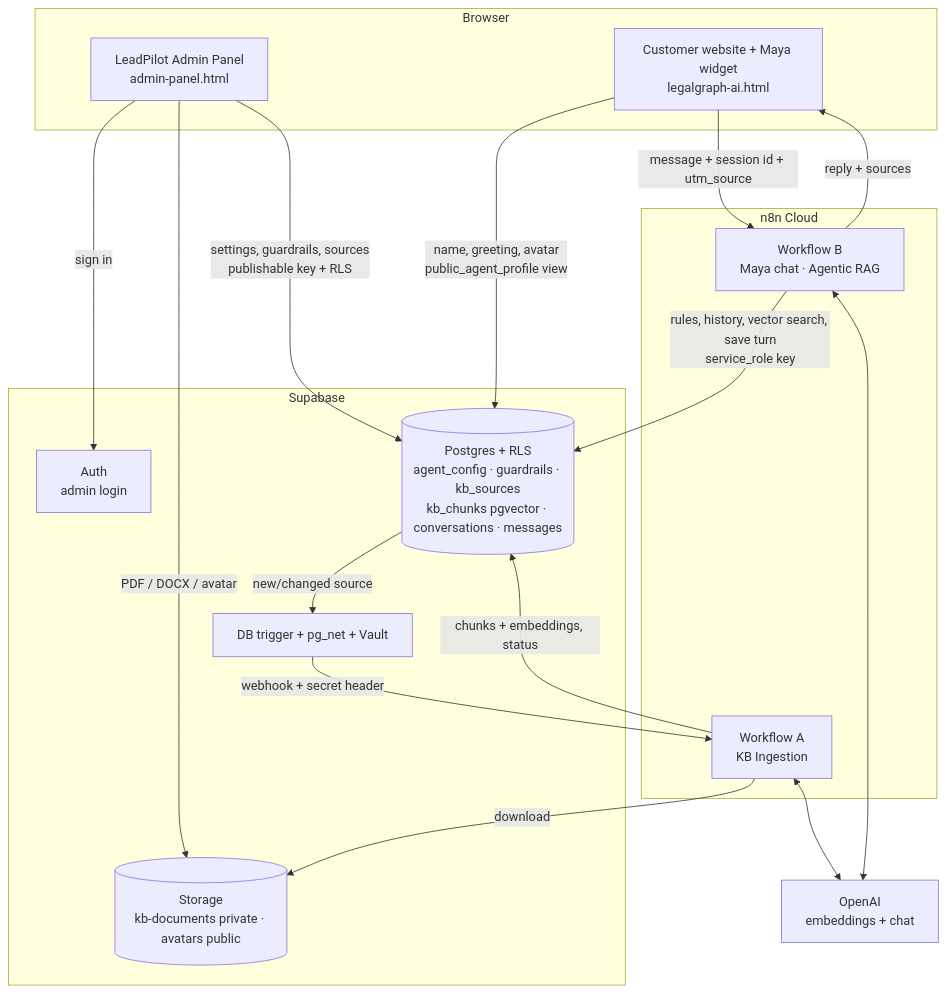
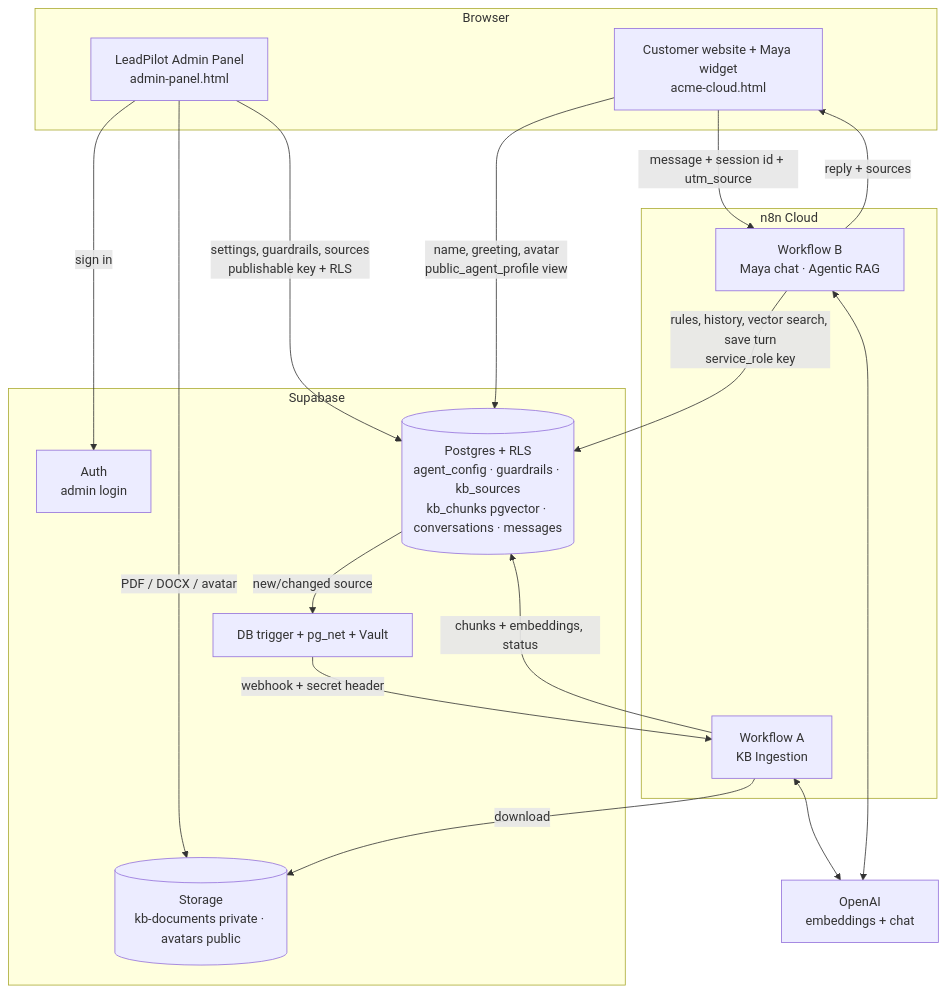
One commit to sarthakgupta0303/LeadPilot changed the diagram in docs/architecture.md. Above: the diagram before and after it, drawn with Mermaid. The commit also changed other lines of this file and 23 other files, not shown here.

First line of the commit message:
Rebrand demo customer to fictional Acme Cloud; rewrite README as PM case study

````diff
--- a/docs/architecture.md
+++ b/docs/architecture.md
@@ -5,31 +5,31 @@
 ```mermaid
 flowchart TB
   subgraph Browser
     AP[LeadPilot Admin Panel<br/>admin-panel.html]
-    WS[Customer website + Maya widget<br/>legalgraph-ai.html]
+    WS[Customer website + Maya widget<br/>acme-cloud.html]
   end
   subgraph Supabase
     AUTH[Auth<br/>admin login]
     DB[(Postgres + RLS<br/>agent_config · guardrails · kb_sources<br/>kb_chunks pgvector · conversations · messages)]
     ST[(Storage<br/>kb-documents private · avatars public)]
     TR[DB trigger + pg_net + Vault]
   end
   subgraph n8n Cloud
     A[Workflow A<br/>KB Ingestion]
     B[Workflow B<br/>Maya chat · Agentic RAG]
   end
   OAI[OpenAI<br/>embeddings + chat]
 
   AP -- sign in --> AUTH
   AP -- settings, guardrails, sources<br/>publishable key + RLS --> DB
   AP -- PDF / DOCX / avatar --> ST
   DB -- new/changed source --> TR -- webhook + secret header --> A
   A -- download --> ST
   A -- chunks + embeddings, status --> DB
   A <--> OAI
   WS -- name, greeting, avatar<br/>public_agent_profile view --> DB
   WS -- message + session id + utm_source --> B
   B -- rules, history, vector search, save turn<br/>service_role key --> DB
   B <--> OAI
   B -- reply + sources --> WS
 ```
````
